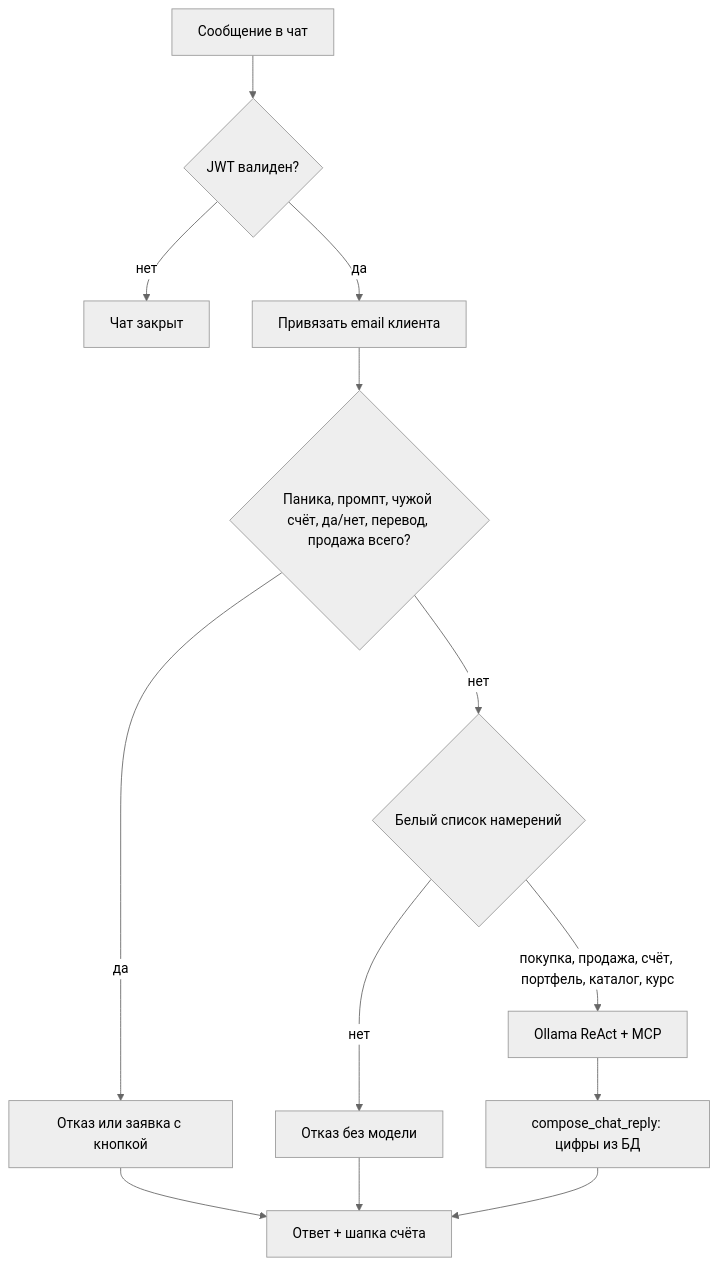
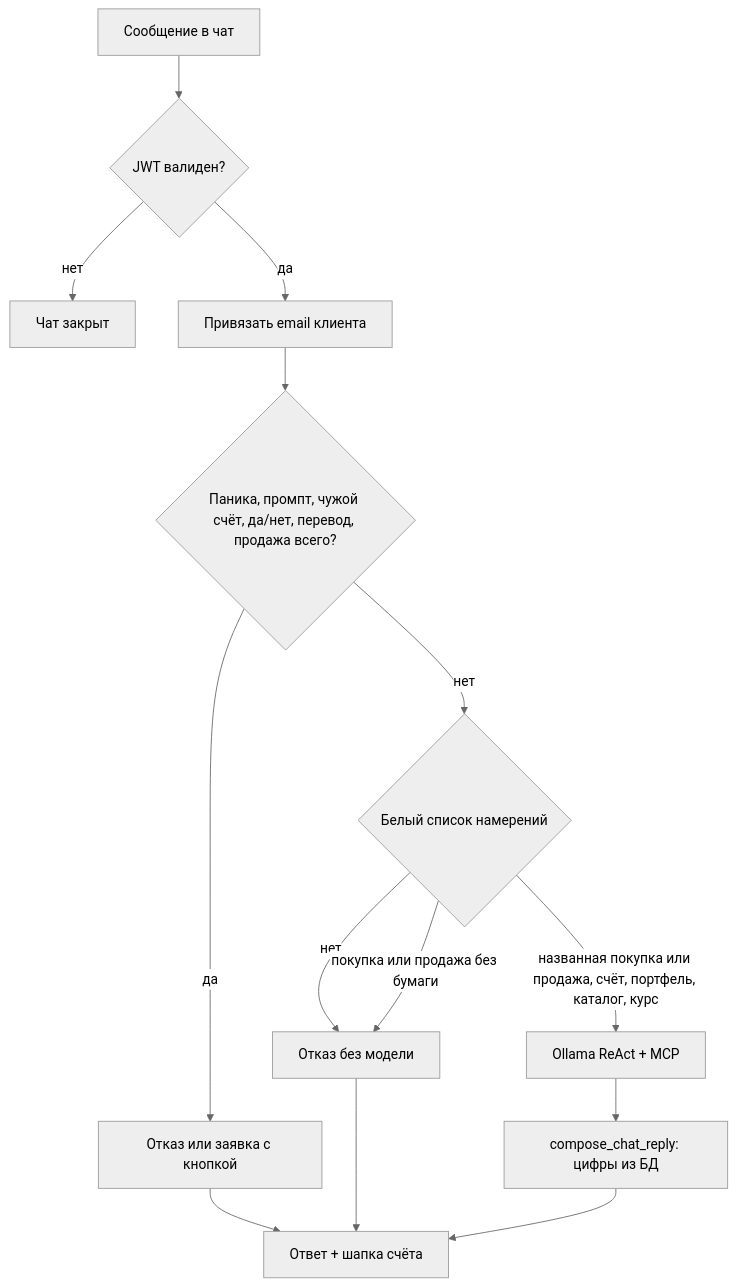
Before and after one commit to truchekaterina/mlsecops_agent: the third of 4 diagrams in docs/ДОКУМЕНТАЦИЯ.md, drawn with Mermaid (neutral theme). The commit also changed other lines of this file and 12 other files, not shown here.

````diff
--- a/docs/ДОКУМЕНТАЦИЯ.md
+++ b/docs/ДОКУМЕНТАЦИЯ.md
@@ -123,15 +123,16 @@
 ```mermaid
 flowchart TD
   IN[Сообщение в чат] --> JWT{JWT валиден?}
   JWT -->|нет| 401[Чат закрыт]
   JWT -->|да| BIND[Привязать email клиента]
   BIND --> EARLY{Паника, промпт, чужой счёт, да/нет, перевод, продажа всего?}
   EARLY -->|да| STOP[Отказ или заявка с кнопкой]
   EARLY -->|нет| KIND{Белый список намерений}
   KIND -->|нет| OFF[Отказ без модели]
-  KIND -->|покупка, продажа, счёт, портфель, каталог, курс| LLM[Ollama ReAct + MCP]
+  KIND -->|покупка или продажа без бумаги| OFF
+  KIND -->|названная покупка или продажа, счёт, портфель, каталог, курс| LLM[Ollama ReAct + MCP]
   LLM --> COMP[compose_chat_reply: цифры из БД]
   STOP --> OUT[Ответ + шапка счёта]
   OFF --> OUT
   COMP --> OUT
 ```
````
